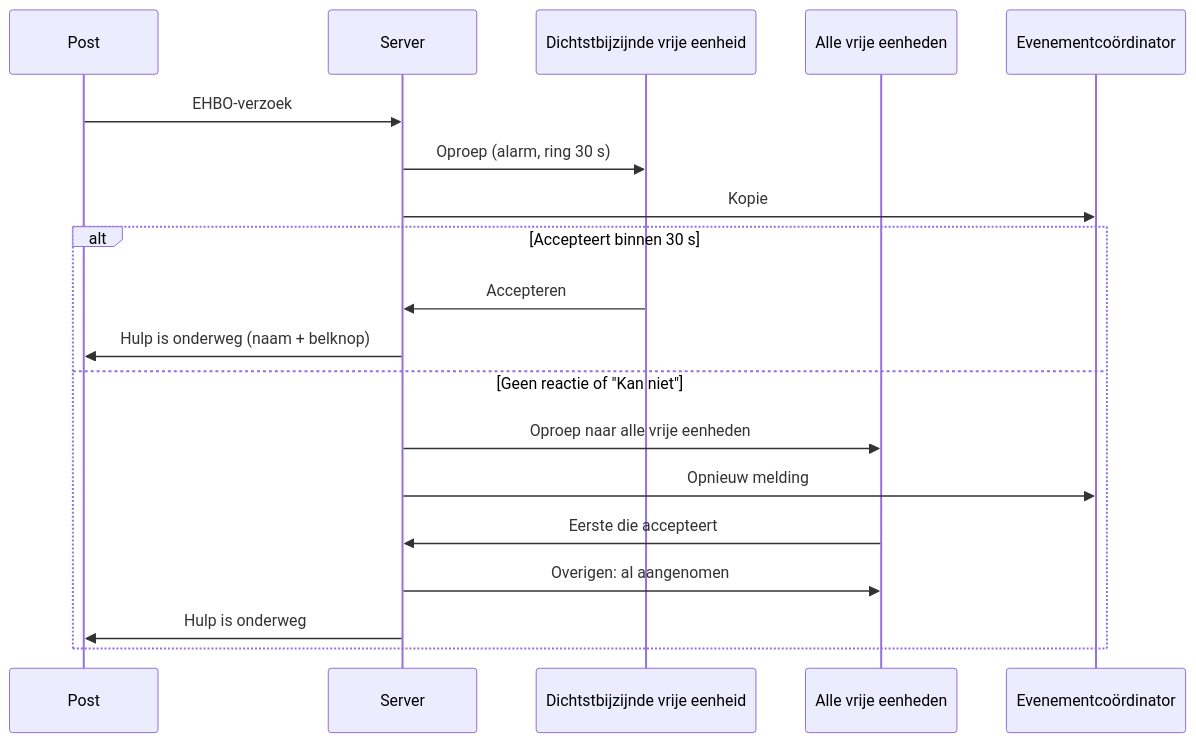
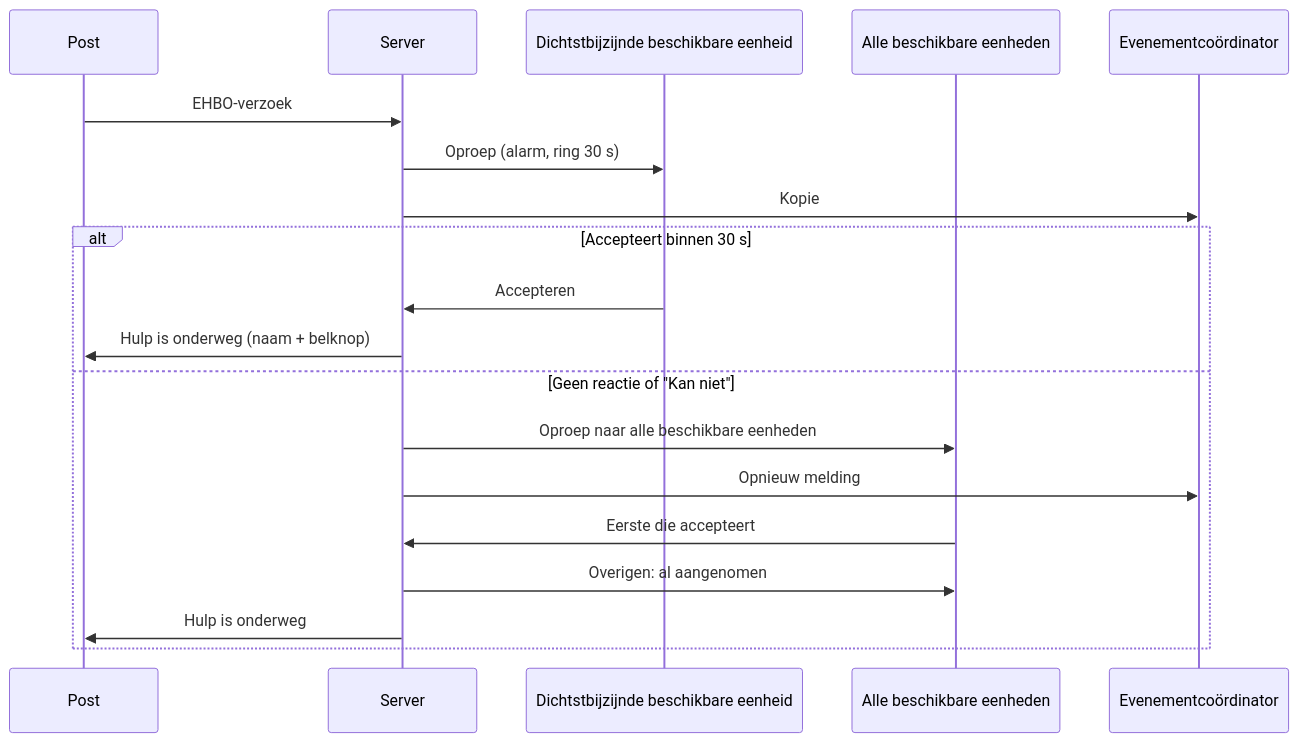
The first of 3 diagrams in docs/functioneel-ontwerp.md (groveld/ehbo-app), drawn with Mermaid before and after one commit. The commit also changed other lines of this file and 12 other files, not shown here.

````diff
--- a/docs/functioneel-ontwerp.md
+++ b/docs/functioneel-ontwerp.md
@@ -92,21 +92,21 @@
 ```mermaid
 sequenceDiagram
     participant P as Post
     participant S as Server
-    participant E1 as Dichtstbijzijnde vrije eenheid
-    participant EA as Alle vrije eenheden
+    participant E1 as Dichtstbijzijnde beschikbare eenheid
+    participant EA as Alle beschikbare eenheden
     participant C as Evenementcoördinator
     P->>S: EHBO-verzoek
     S->>E1: Oproep (alarm, ring 30 s)
     S->>C: Kopie
     alt Accepteert binnen 30 s
         E1->>S: Accepteren
         S->>P: Hulp is onderweg (naam + belknop)
     else Geen reactie of "Kan niet"
-        S->>EA: Oproep naar alle vrije eenheden
+        S->>EA: Oproep naar alle beschikbare eenheden
         S->>C: Opnieuw melding
         EA->>S: Eerste die accepteert
         S->>EA: Overigen: al aangenomen
         S->>P: Hulp is onderweg
     end
 ```
````
